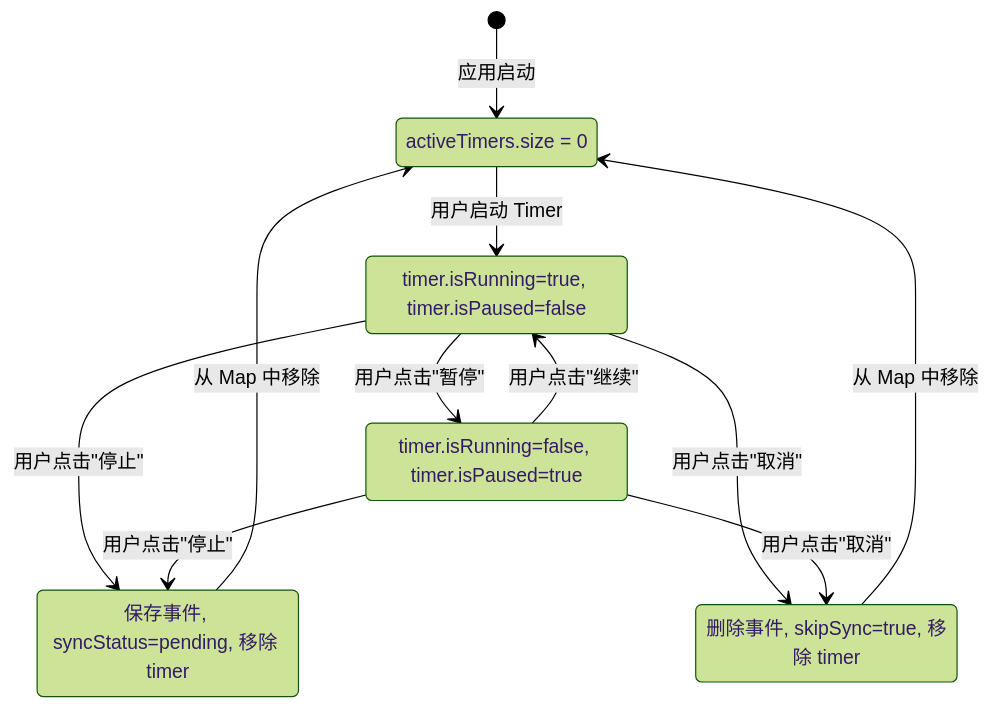
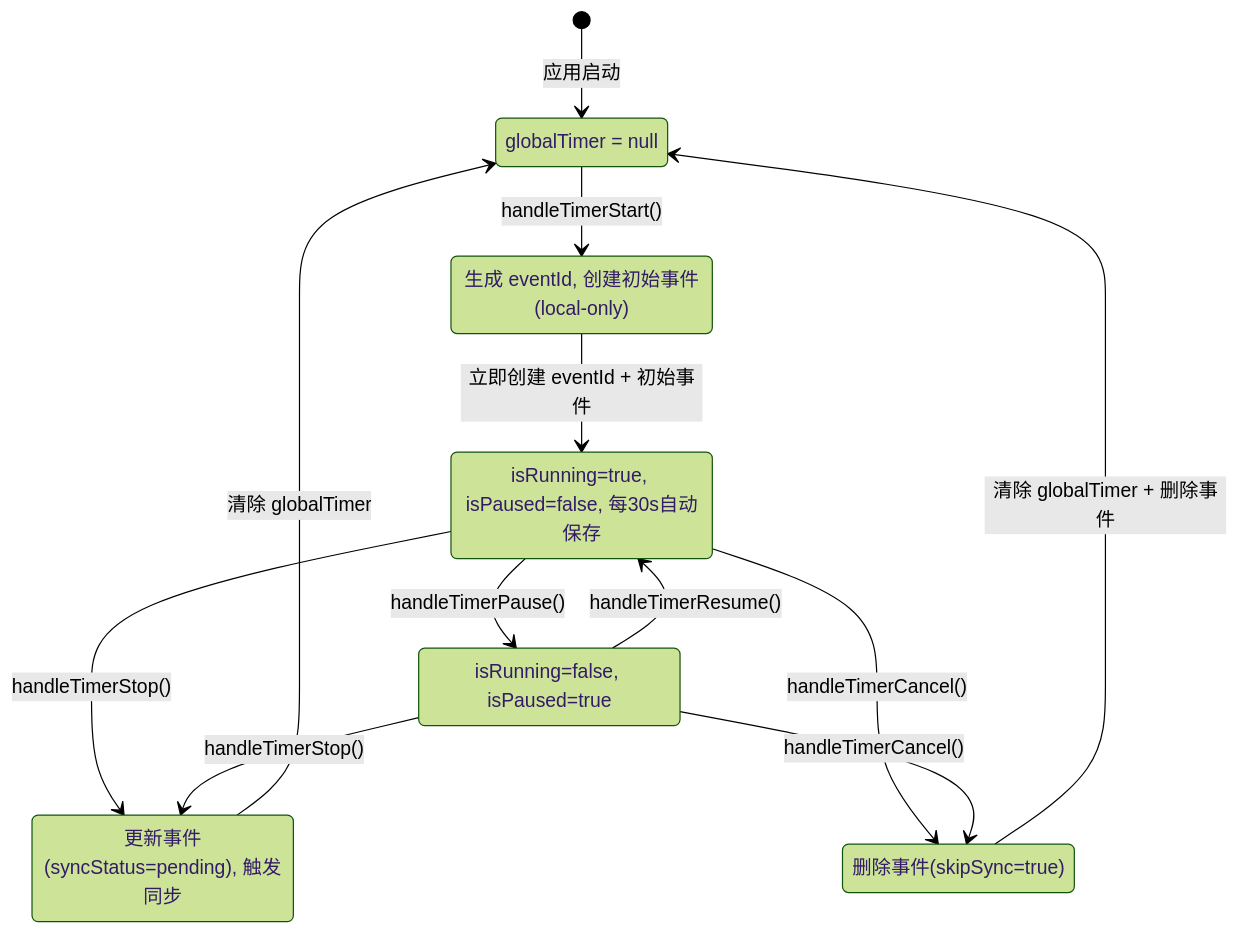
The fourth of 8 diagrams in docs/PRD/TIMER_MODULE_PRD.md (zoeysnowy/ReMarkable), drawn with Mermaid (forest theme) before and after one commit. The commit also changed other lines of this file and 122 other files, not shown here.

````diff
--- a/docs/PRD/TIMER_MODULE_PRD.md
+++ b/docs/PRD/TIMER_MODULE_PRD.md
@@ -342,19 +510,21 @@
 ```mermaid
 stateDiagram-v2
     [*] --> Idle: 应用启动
-    Idle --> Running: 用户启动 Timer
-    Running --> Paused: 用户点击"暂停"
-    Paused --> Running: 用户点击"继续"
-    Running --> Stopped: 用户点击"停止"
-    Paused --> Stopped: 用户点击"停止"
-    Running --> Cancelled: 用户点击"取消"
-    Paused --> Cancelled: 用户点击"取消"
-    Stopped --> Idle: 从 Map 中移除
-    Cancelled --> Idle: 从 Map 中移除
+    Idle --> Creating: handleTimerStart()
+    Creating --> Running: 立即创建 eventId + 初始事件
+    Running --> Paused: handleTimerPause()
+    Paused --> Running: handleTimerResume()
+    Running --> Stopped: handleTimerStop()
+    Paused --> Stopped: handleTimerStop()
+    Running --> Cancelled: handleTimerCancel()
+    Paused --> Cancelled: handleTimerCancel()
+    Stopped --> Idle: 清除 globalTimer
+    Cancelled --> Idle: 清除 globalTimer + 删除事件
     
-    Idle: activeTimers.size = 0
-    Running: timer.isRunning=true, timer.isPaused=false
-    Paused: timer.isRunning=false, timer.isPaused=true
-    Stopped: 保存事件, syncStatus=pending, 移除 timer
-    Cancelled: 删除事件, skipSync=true, 移除 timer
+    Idle: globalTimer = null
+    Creating: 生成 eventId, 创建初始事件(local-only)
+    Running: isRunning=true, isPaused=false, 每30s自动保存
+    Paused: isRunning=false, isPaused=true
+    Stopped: 更新事件(syncStatus=pending), 触发同步
+    Cancelled: 删除事件(skipSync=true)
 ```
````
